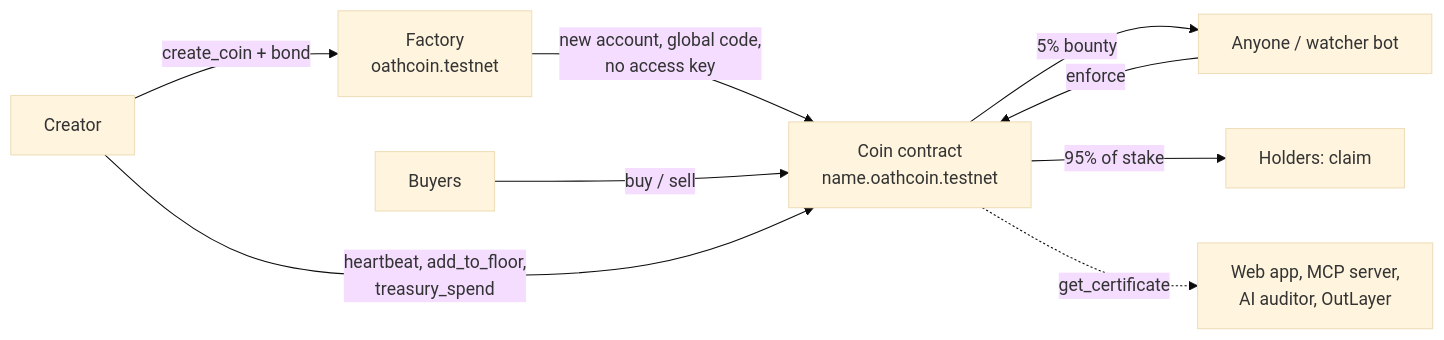
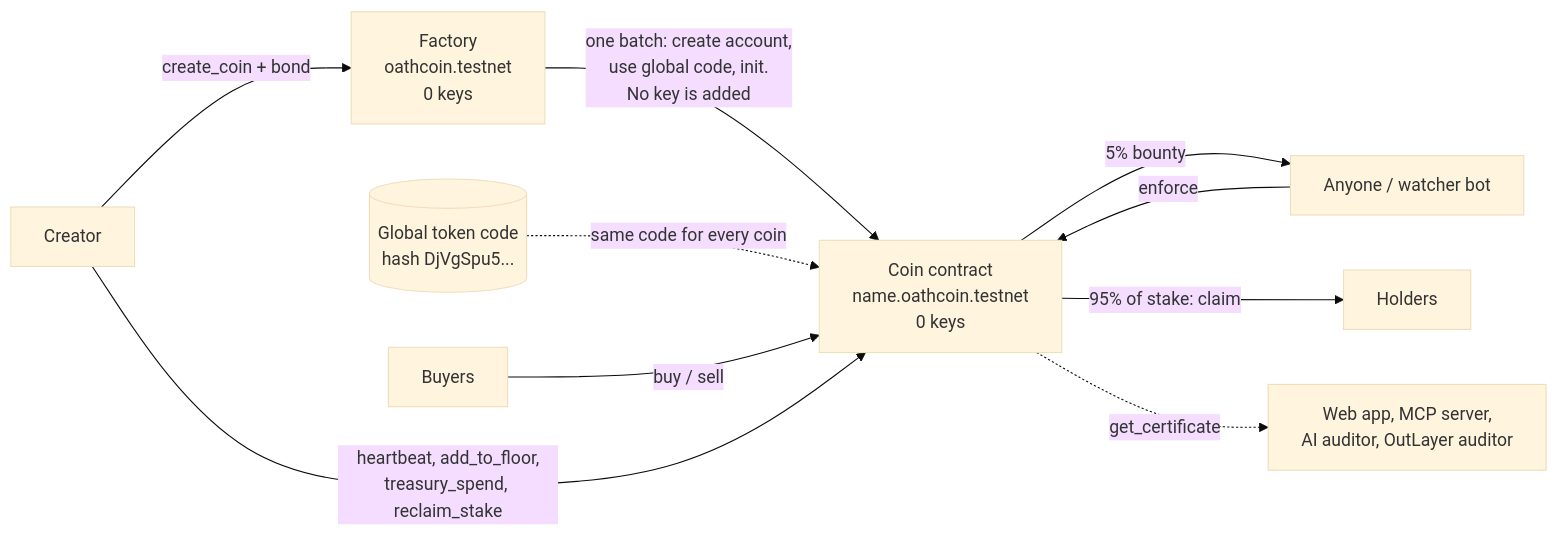
The diagram in README.md (opeblow/oath), drawn with Mermaid (base theme) before and after one commit. The commit also changed other lines of this file, not shown here.

````diff
--- a/README.md
+++ b/README.md
@@ -132,11 +176,12 @@
 ```mermaid
 flowchart LR
-  C[Creator] -- "create_coin + bond" --> F[Factory<br/>oathcoin.testnet]
-  F -- "new account, global code,<br/>no access key" --> T[Coin contract<br/>name.oathcoin.testnet]
+  C[Creator] -- "create_coin + bond" --> F[Factory<br/>oathcoin.testnet<br/>0 keys]
+  F -- "one batch: create account,<br/>use global code, init.<br/>No key is added" --> T[Coin contract<br/>name.oathcoin.testnet<br/>0 keys]
+  G[(Global token code<br/>hash DjVgSpu5...)] -. "same code for every coin" .-> T
   B[Buyers] -- "buy / sell" --> T
-  C -- "heartbeat, add_to_floor,<br/>treasury_spend" --> T
+  C -- "heartbeat, add_to_floor,<br/>treasury_spend, reclaim_stake" --> T
   W[Anyone / watcher bot] -- "enforce" --> T
   T -- "5% bounty" --> W
-  T -- "95% of stake" --> H[Holders: claim]
-  T -. "get_certificate" .-> UI[Web app, MCP server,<br/>AI auditor, OutLayer]
+  T -- "95% of stake: claim" --> H[Holders]
+  T -. "get_certificate" .-> R[Web app, MCP server,<br/>AI auditor, OutLayer auditor]
 ```
````
